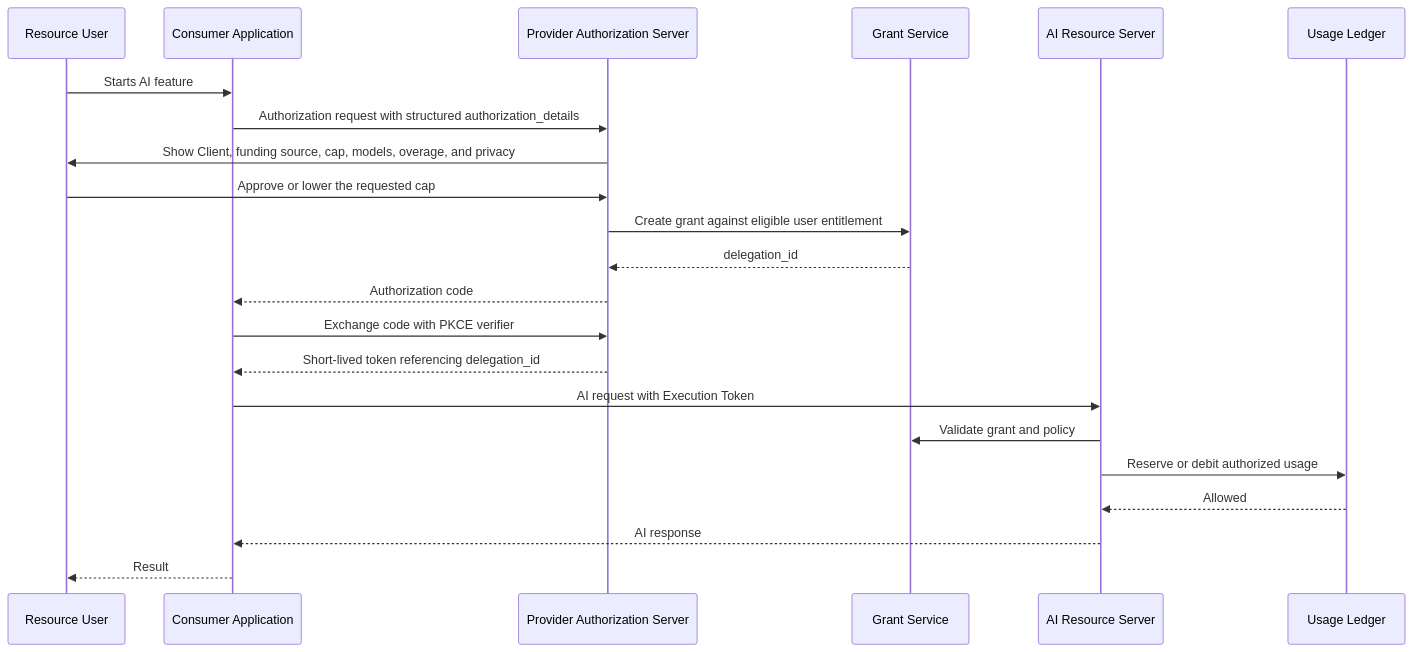
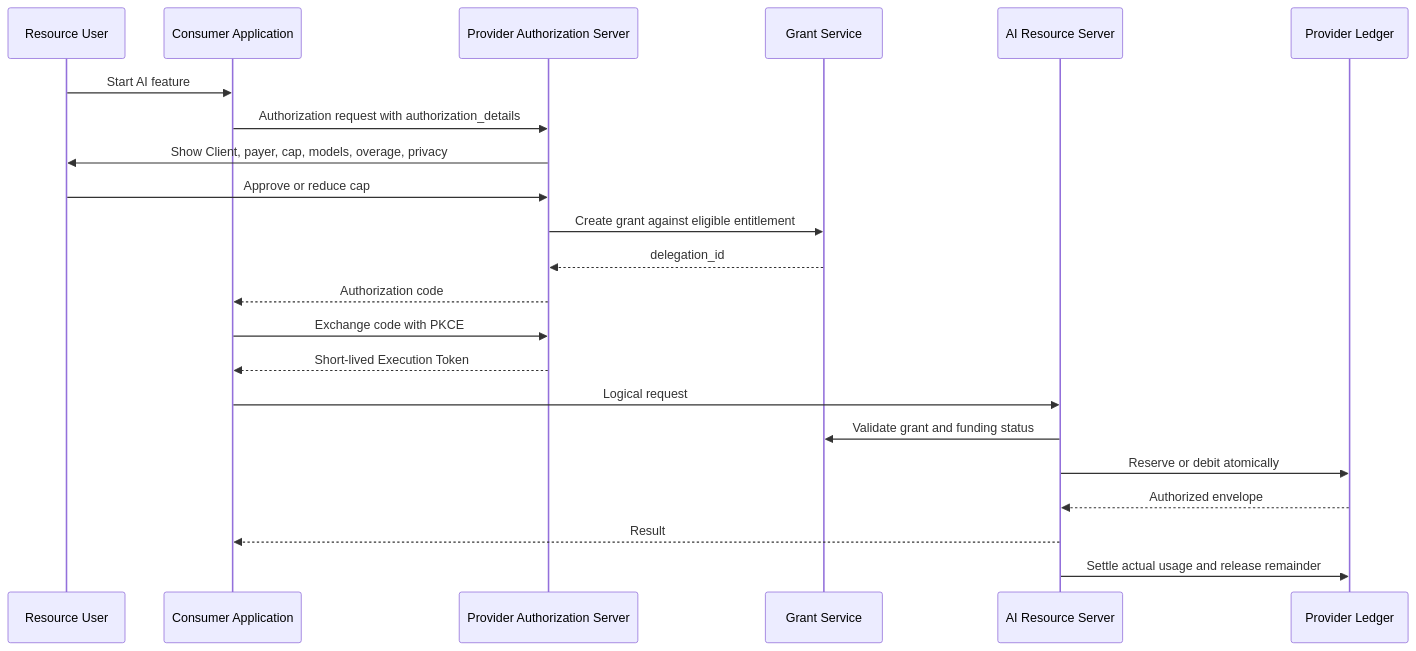
The fifth of 11 diagrams in FLOWS.md (MJohnstonAI/ai-billing-delegation), drawn with Mermaid before and after one commit. The commit also changed other lines of this file, not shown here.

Commit message:
docs: replace legacy diagrams with ABDS v0.5 flows

````diff
--- a/FLOWS.md
+++ b/FLOWS.md
@@ -5,25 +82,25 @@
 ```mermaid
 sequenceDiagram
     participant U as Resource User
     participant A as Consumer Application
     participant AS as Provider Authorization Server
     participant G as Grant Service
     participant API as AI Resource Server
-    participant L as Usage Ledger
+    participant L as Provider Ledger
 
-    U->>A: Starts AI feature
-    A->>AS: Authorization request with structured authorization_details
-    AS->>U: Show Client, funding source, cap, models, overage, and privacy
-    U->>AS: Approve or lower the requested cap
-    AS->>G: Create grant against eligible user entitlement
+    U->>A: Start AI feature
+    A->>AS: Authorization request with authorization_details
+    AS->>U: Show Client, payer, cap, models, overage, privacy
+    U->>AS: Approve or reduce cap
+    AS->>G: Create grant against eligible entitlement
     G-->>AS: delegation_id
     AS-->>A: Authorization code
-    A->>AS: Exchange code with PKCE verifier
-    AS-->>A: Short-lived token referencing delegation_id
-    A->>API: AI request with Execution Token
-    API->>G: Validate grant and policy
-    API->>L: Reserve or debit authorized usage
-    L-->>API: Allowed
-    API-->>A: AI response
-    A-->>U: Result
+    A->>AS: Exchange code with PKCE
+    AS-->>A: Short-lived Execution Token
+    A->>API: Logical request
+    API->>G: Validate grant and funding status
+    API->>L: Reserve or debit atomically
+    L-->>API: Authorized envelope
+    API-->>A: Result
+    API->>L: Settle actual usage and release remainder
 ```
````
